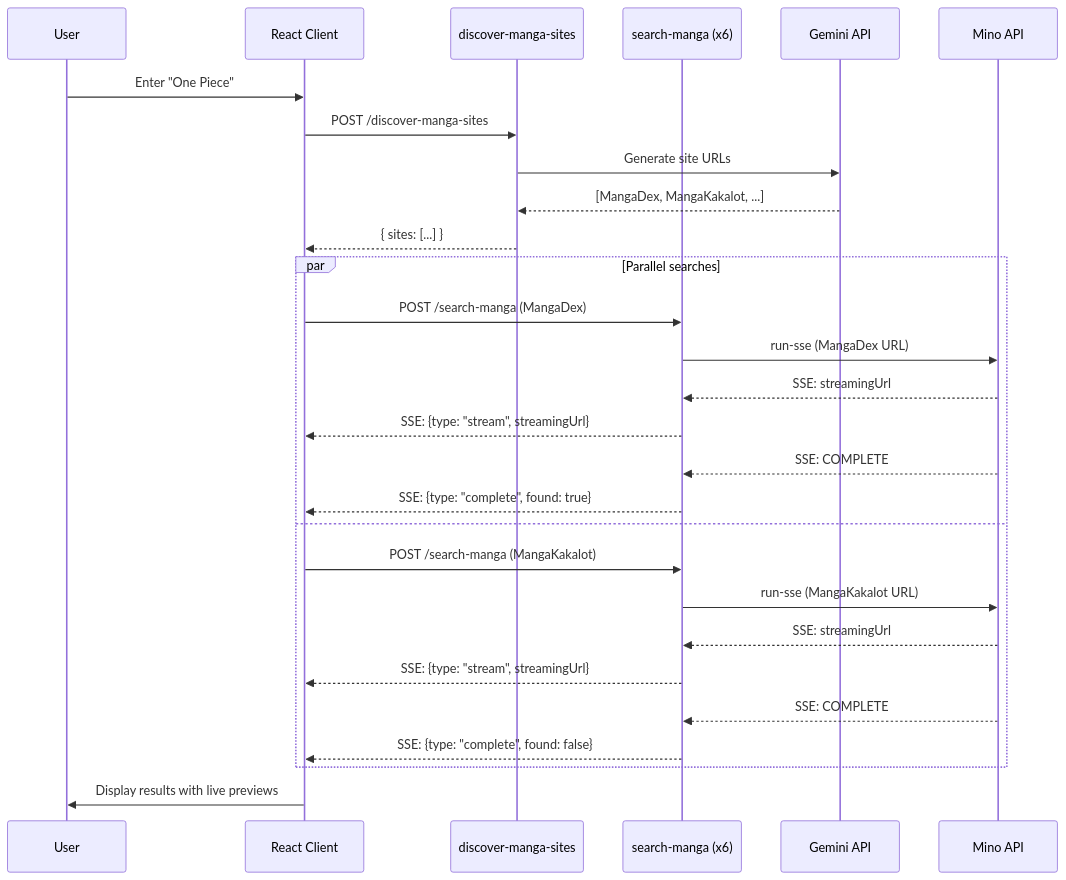
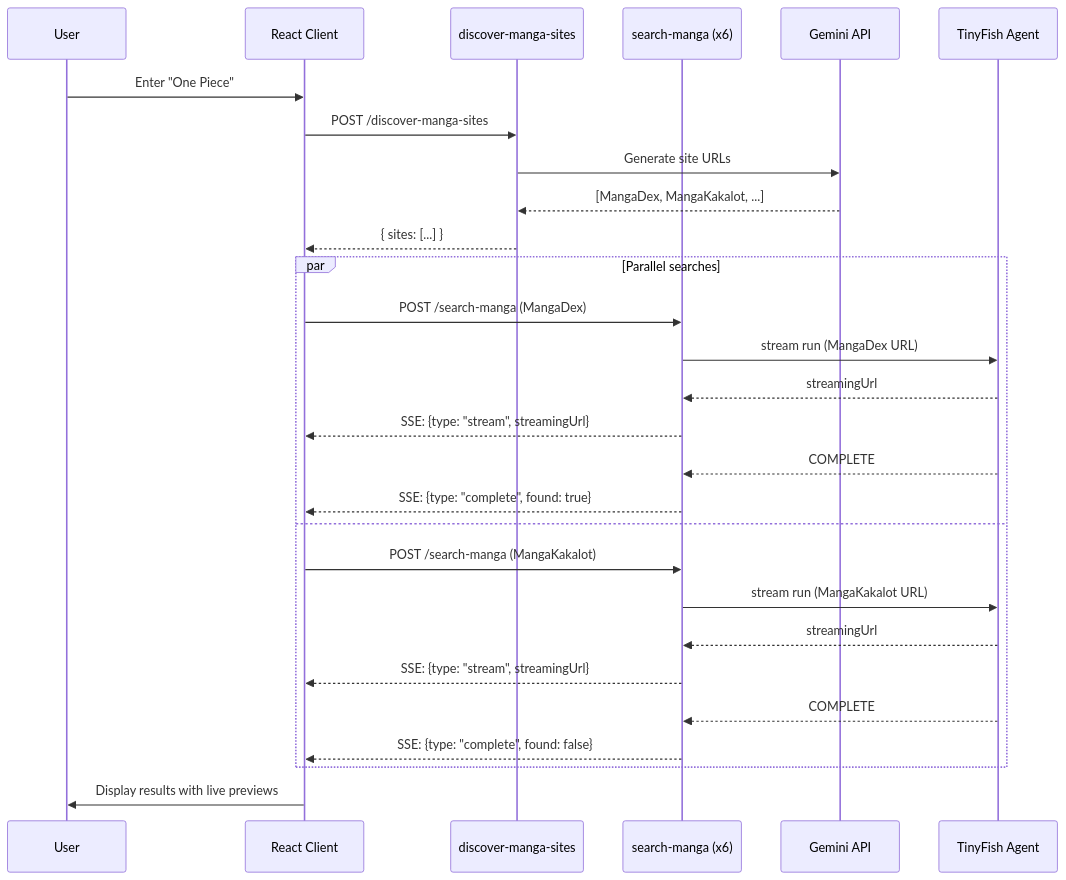
One commit to tinyfish-io/TinyFish-cookbook changed the diagram in Manga-Availability-Finder/docs/MINO_API_INTEGRATION.md. Above: the diagram before and after it, drawn with Mermaid. The commit also changed other lines of this file and 21 other files, not shown here.

````diff
--- a/Manga-Availability-Finder/docs/MINO_API_INTEGRATION.md
+++ b/Manga-Availability-Finder/docs/MINO_API_INTEGRATION.md
@@ -348,33 +292,33 @@
 ```mermaid
 sequenceDiagram
     participant User
     participant Client as React Client
     participant Discover as discover-manga-sites
     participant Search as search-manga (x6)
     participant Gemini as Gemini API
-    participant Mino as Mino API
+    participant Agent as TinyFish Agent
 
     User->>Client: Enter "One Piece"
     Client->>Discover: POST /discover-manga-sites
     Discover->>Gemini: Generate site URLs
     Gemini-->>Discover: [MangaDex, MangaKakalot, ...]
     Discover-->>Client: { sites: [...] }
     
     par Parallel searches
         Client->>Search: POST /search-manga (MangaDex)
-        Search->>Mino: run-sse (MangaDex URL)
-        Mino-->>Search: SSE: streamingUrl
+        Search->>Agent: stream run (MangaDex URL)
+        Agent-->>Search: streamingUrl
         Search-->>Client: SSE: {type: "stream", streamingUrl}
-        Mino-->>Search: SSE: COMPLETE
+        Agent-->>Search: COMPLETE
         Search-->>Client: SSE: {type: "complete", found: true}
     and
         Client->>Search: POST /search-manga (MangaKakalot)
-        Search->>Mino: run-sse (MangaKakalot URL)
-        Mino-->>Search: SSE: streamingUrl
+        Search->>Agent: stream run (MangaKakalot URL)
+        Agent-->>Search: streamingUrl
         Search-->>Client: SSE: {type: "stream", streamingUrl}
-        Mino-->>Search: SSE: COMPLETE
+        Agent-->>Search: COMPLETE
         Search-->>Client: SSE: {type: "complete", found: false}
     end
     
     Client->>User: Display results with live previews
 ```
````
